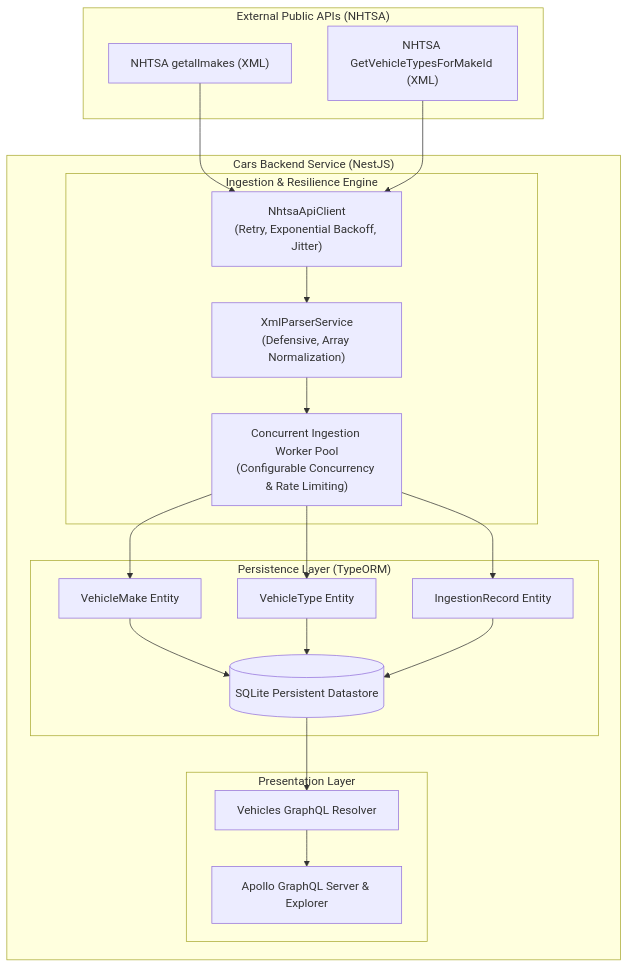
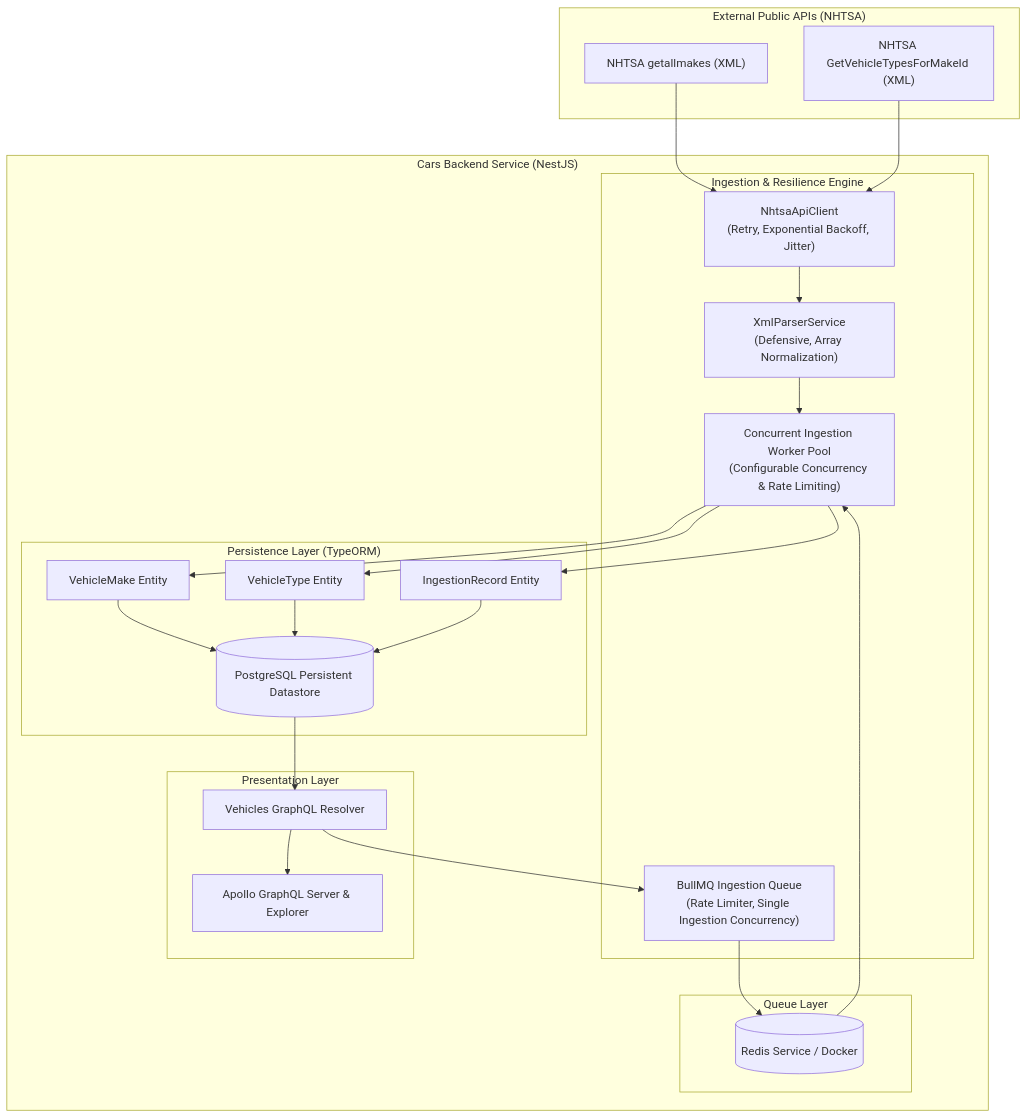
One commit to aditya19970411/cars-backend-assignment changed the first of 2 diagrams in README.md. Above: the diagram before and after it, drawn with Mermaid. The commit also changed other lines of this file and 24 other files, not shown here.

````diff
--- a/README.md
+++ b/README.md
@@ -34,40 +34,48 @@
 ```mermaid
 flowchart TD
     subgraph External["External Public APIs (NHTSA)"]
         GetAllMakes["NHTSA getallmakes (XML)"]
         GetVehicleTypes["NHTSA GetVehicleTypesForMakeId (XML)"]
     end
 
     subgraph Service["Cars Backend Service (NestJS)"]
         subgraph IngestionLayer["Ingestion & Resilience Engine"]
             Client["NhtsaApiClient\n(Retry, Exponential Backoff, Jitter)"]
             Parser["XmlParserService\n(Defensive, Array Normalization)"]
+            BullQueue["BullMQ Ingestion Queue\n(Rate Limiter, Single Ingestion Concurrency)"]
             WorkerPool["Concurrent Ingestion Worker Pool\n(Configurable Concurrency & Rate Limiting)"]
+        end
+
+        subgraph QueueLayer["Queue Layer"]
+            Redis[(Redis Service / Docker)]
         end
 
         subgraph PersistenceLayer["Persistence Layer (TypeORM)"]
             MakeEntity["VehicleMake Entity"]
             TypeEntity["VehicleType Entity"]
             RecordEntity["IngestionRecord Entity"]
-            DB[(SQLite Persistent Datastore)]
+            DB[(PostgreSQL Persistent Datastore)]
         end
 
         subgraph PresentationLayer["Presentation Layer"]
             GQLResolver["Vehicles GraphQL Resolver"]
             GQLPlayground["Apollo GraphQL Server & Explorer"]
         end
     end
 
     GetAllMakes --> Client
     GetVehicleTypes --> Client
     Client --> Parser
+    GQLResolver --> BullQueue
+    BullQueue --> Redis
+    Redis --> WorkerPool
     Parser --> WorkerPool
     WorkerPool --> MakeEntity
     WorkerPool --> TypeEntity
     WorkerPool --> RecordEntity
     MakeEntity --> DB
     TypeEntity --> DB
     RecordEntity --> DB
     DB --> GQLResolver
     GQLResolver --> GQLPlayground
 ```
````
